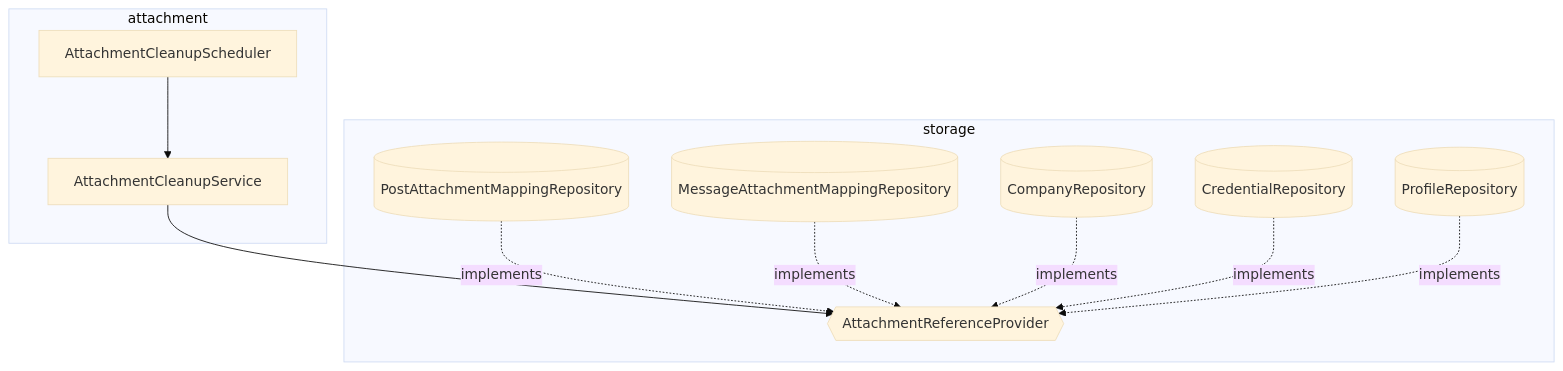
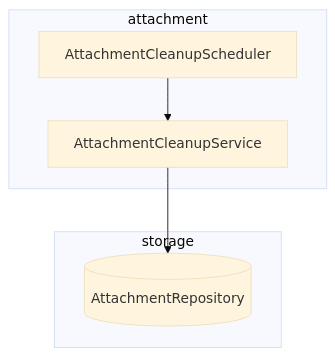
Before and after one commit to mortonCareer/bconnect: the second of 2 diagrams in apps/api/docs/attachment-architecture.md, drawn with Mermaid (base theme). The commit also changed other lines of this file and 3 other files, not shown here.

````diff
--- a/apps/api/docs/attachment-architecture.md
+++ b/apps/api/docs/attachment-architecture.md
@@ -66,22 +70,12 @@
 ```mermaid
 graph TD
     subgraph attachment
         Sched[AttachmentCleanupScheduler]
         Clean[AttachmentCleanupService]
     end
     subgraph storage
-        PostR[("PostAttachmentMappingRepository")]
-        MsgR[("MessageAttachmentMappingRepository")]
-        CompR[("CompanyRepository")]
-        CredR[("CredentialRepository")]
-        ProfR[("ProfileRepository")]
-        P{{AttachmentReferenceProvider}}
+        AttR[("AttachmentRepository")]
     end
     Sched --> Clean
-    Clean --> P
-    PostR -.implements.-> P
-    MsgR -.implements.-> P
-    CompR -.implements.-> P
-    CredR -.implements.-> P
-    ProfR -.implements.-> P
+    Clean --> AttR
 ```
````
